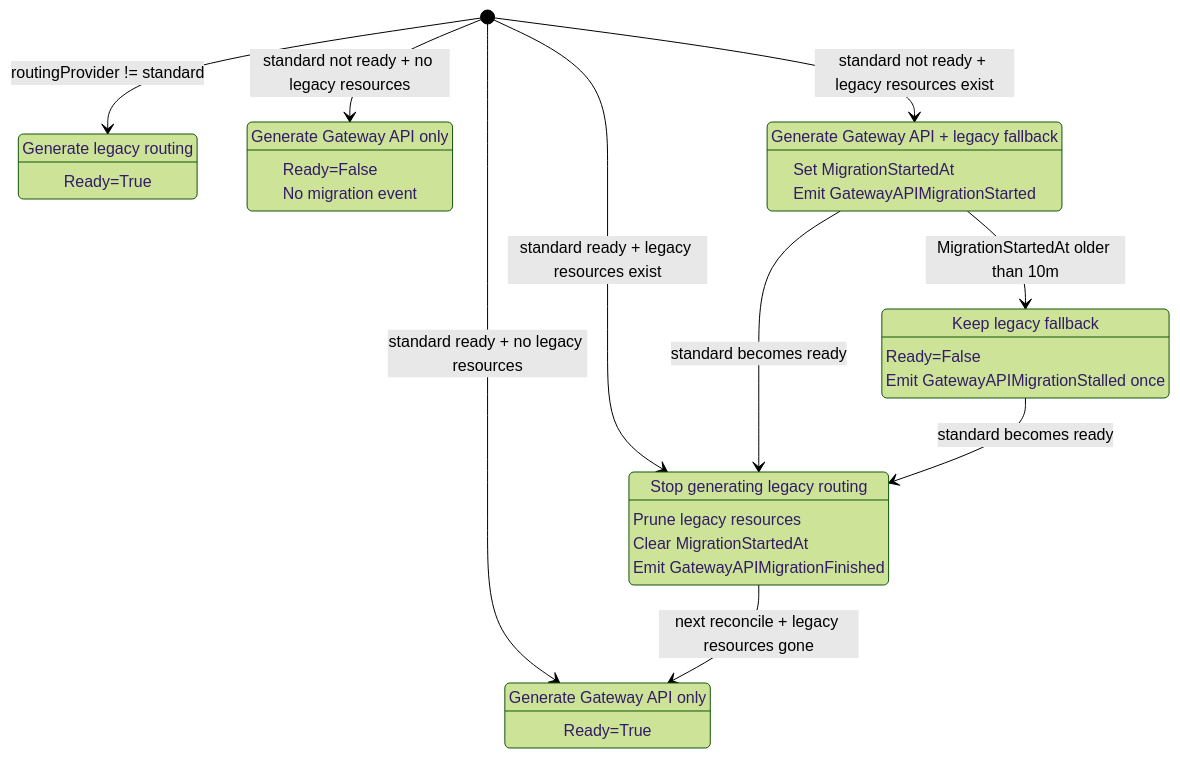
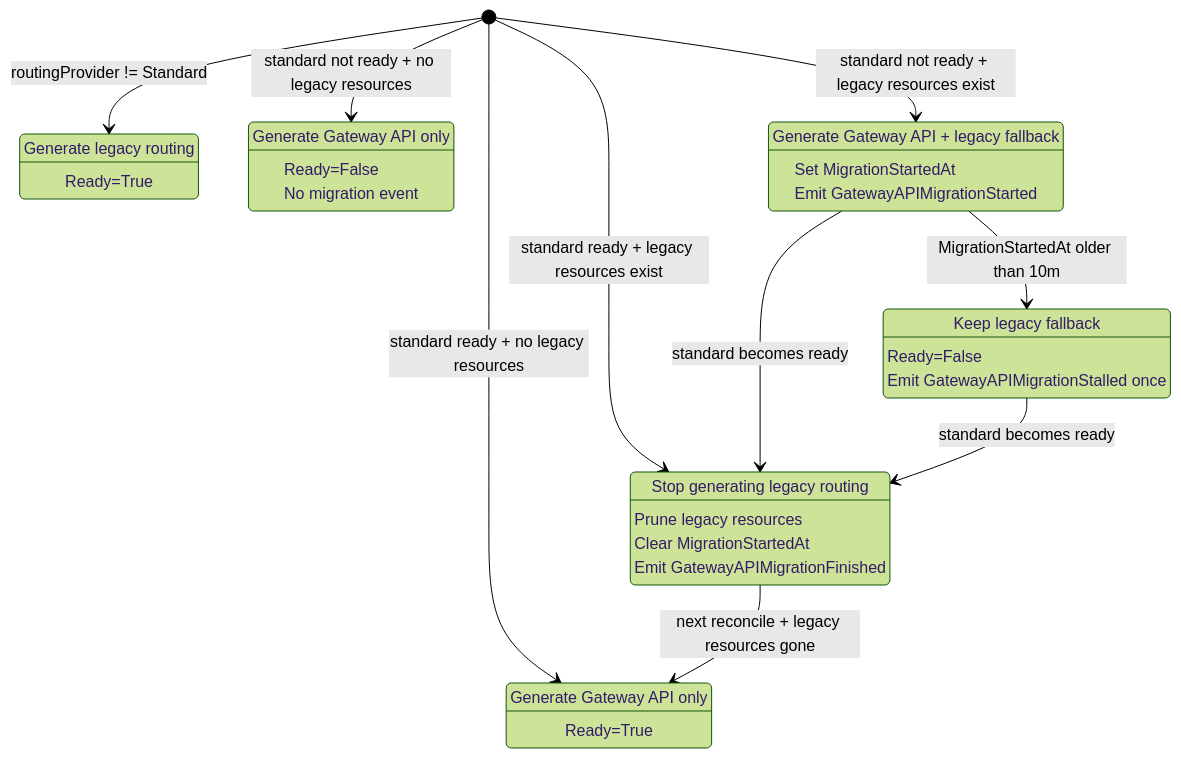
Before and after one commit to kartverket/skiperator: the first of 2 diagrams in pkg/gwapi/README.md, drawn with Mermaid (forest theme). The commit also changed 3 other files, not shown here.

````diff
--- a/pkg/gwapi/README.md
+++ b/pkg/gwapi/README.md
@@ -8,38 +8,38 @@
 ```mermaid
 stateDiagram-v2
-    [*] --> LegacyOnly: routingProvider != standard
+    [*] --> LegacyOnly: routingProvider != Standard
 
     [*] --> StandardOnly: standard ready + no legacy resources
     [*] --> CutoverReadyPruneLegacy: standard ready + legacy resources exist
     [*] --> GreenfieldPending: standard not ready + no legacy resources
     [*] --> MigratingWithFallback: standard not ready + legacy resources exist
 
     LegacyOnly: Generate legacy routing
     LegacyOnly: Ready=True
 
     GreenfieldPending: Generate Gateway API only
     GreenfieldPending: Ready=False
     GreenfieldPending: No migration event
 
     MigratingWithFallback: Generate Gateway API + legacy fallback
     MigratingWithFallback: Set MigrationStartedAt
     MigratingWithFallback: Emit GatewayAPIMigrationStarted
 
     MigratingWithFallback --> MigrationStalled: MigrationStartedAt older than 10m
     MigrationStalled: Keep legacy fallback
     MigrationStalled: Ready=False
     MigrationStalled: Emit GatewayAPIMigrationStalled once
 
     MigratingWithFallback --> CutoverReadyPruneLegacy: standard becomes ready
     MigrationStalled --> CutoverReadyPruneLegacy: standard becomes ready
 
     CutoverReadyPruneLegacy: Stop generating legacy routing
     CutoverReadyPruneLegacy: Prune legacy resources
     CutoverReadyPruneLegacy: Clear MigrationStartedAt
     CutoverReadyPruneLegacy: Emit GatewayAPIMigrationFinished
 
     CutoverReadyPruneLegacy --> StandardOnly: next reconcile + legacy resources gone
 
     StandardOnly: Generate Gateway API only
     StandardOnly: Ready=True
 ```
````
